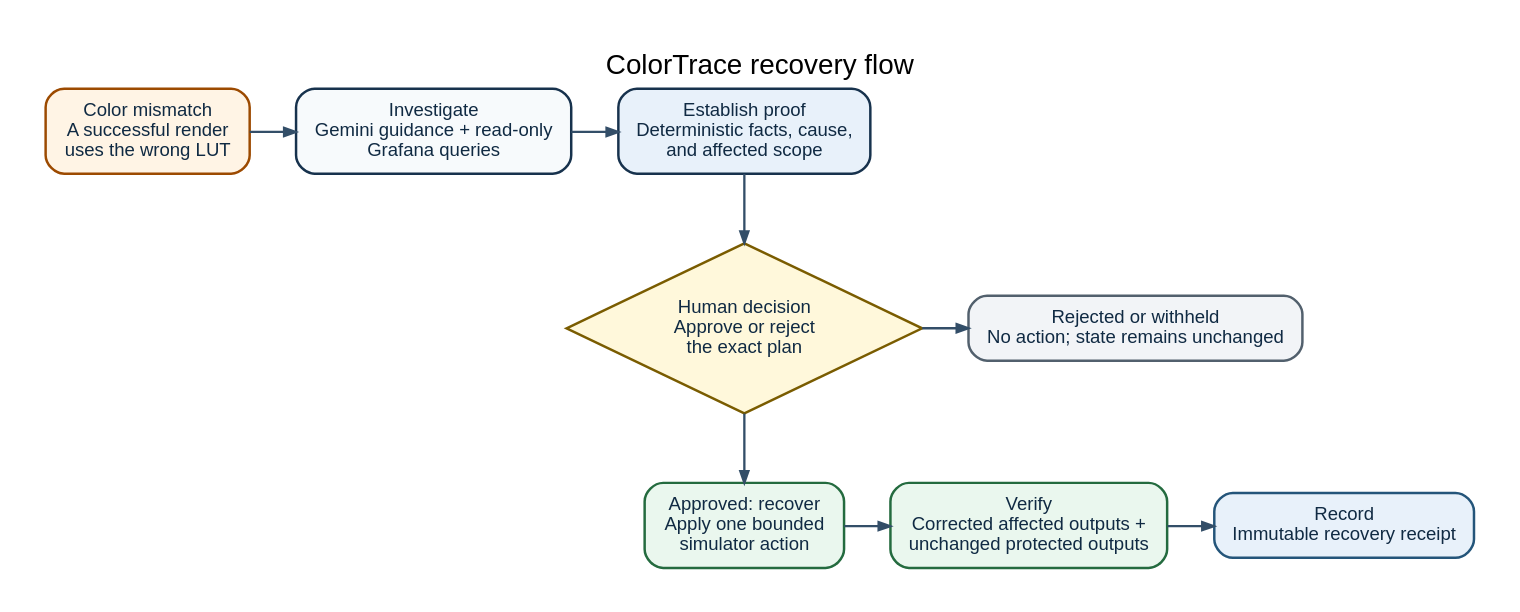
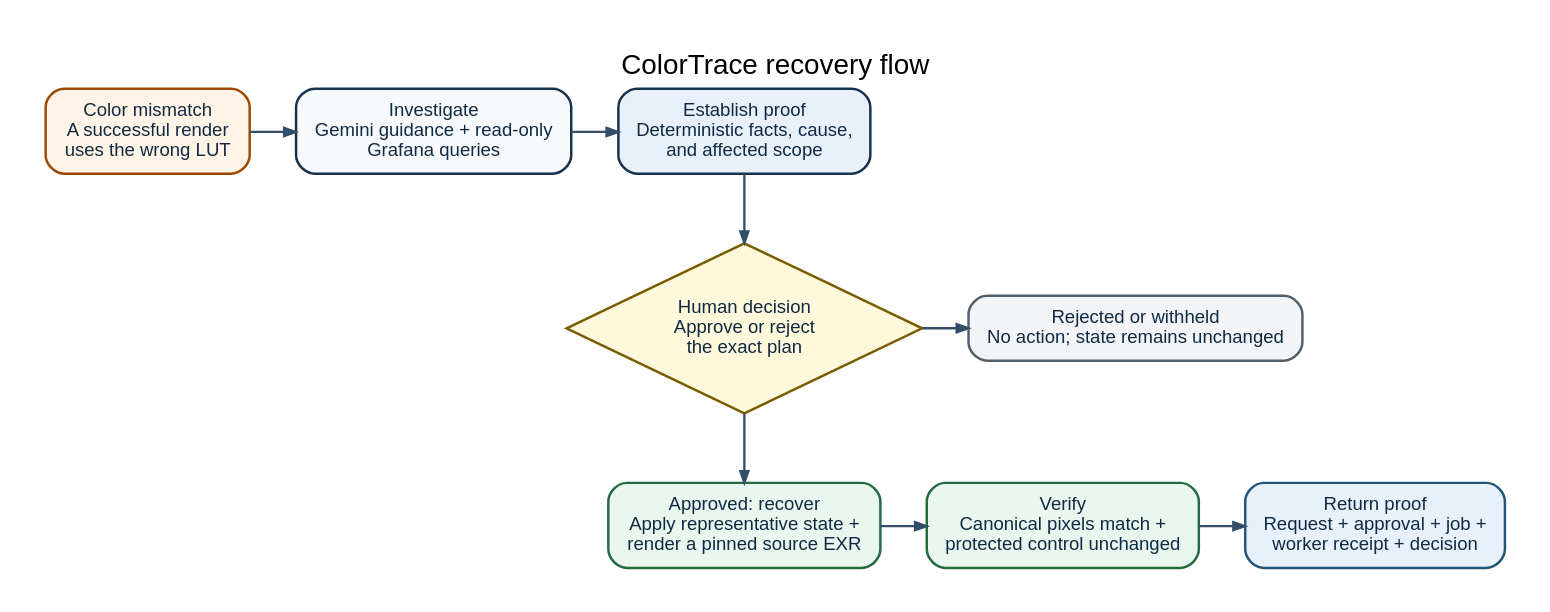
The diagram in docs/architecture/product-flow.dot (OCHOLA-EDDYPHIL/colortrace), drawn with Graphviz before and after one commit. The commit also changed 23 other files, not shown here.

First line of the commit message:
Render verified recovery output after approval (#249)

```diff
--- a/docs/architecture/product-flow.dot
+++ b/docs/architecture/product-flow.dot
@@ -1,56 +1,56 @@
 digraph ColorTraceProductFlow {
   graph [
     bgcolor="white",
     fontname="Arial",
     fontsize=18,
     label="ColorTrace recovery flow",
     labelloc="t",
     nodesep=0.42,
     pad=0.30,
     rankdir=TB,
     ranksep=0.62,
     splines=ortho
   ];
 
   node [
     color="#17324D",
     fillcolor="#F7FAFC",
     fontcolor="#102A43",
     fontname="Arial",
     fontsize=12,
     margin="0.16,0.11",
     penwidth=1.6,
     shape=box,
     style="rounded,filled"
   ];
 
   edge [
     arrowsize=0.75,
     color="#334E68",
     fontcolor="#243B53",
     fontname="Arial",
     fontsize=10,
     penwidth=1.5
   ];
 
   mismatch [label="Color mismatch\nA successful render\nuses the wrong LUT", fillcolor="#FFF4E5", color="#9C4A00"];
   investigate [label="Investigate\nGemini guidance + read-only\nGrafana queries"];
   proof [label="Establish proof\nDeterministic facts, cause,\nand affected scope", fillcolor="#E8F1FA"];
   decision [label="Human decision\nApprove or reject\nthe exact plan", shape=diamond, style="filled", fillcolor="#FFF8DB", color="#7A5C00"];
-  recover [label="Approved: recover\nApply one bounded\nsimulator action", fillcolor="#EAF7EE", color="#246B3F"];
-  verify [label="Verify\nCorrected affected outputs +\nunchanged protected outputs", fillcolor="#EAF7EE", color="#246B3F"];
-  receipt [label="Record\nImmutable recovery receipt", fillcolor="#E8F1FA", color="#24557A"];
+  recover [label="Approved: recover\nApply representative state +\nrender a pinned source EXR", fillcolor="#EAF7EE", color="#246B3F"];
+  verify [label="Verify\nCanonical pixels match +\nprotected control unchanged", fillcolor="#EAF7EE", color="#246B3F"];
+  receipt [label="Return proof\nRequest + approval + job +\nworker receipt + decision", fillcolor="#E8F1FA", color="#24557A"];
   no_action [label="Rejected or withheld\nNo action; state remains unchanged", fillcolor="#F2F4F7", color="#52606D"];
 
   { rank=same; mismatch; investigate; proof; }
   { rank=same; decision; no_action; }
   { rank=same; recover; verify; receipt; }
 
   mismatch -> investigate;
   investigate -> proof;
   proof -> decision;
   decision -> recover;
   recover -> verify;
   verify -> receipt;
   decision -> no_action;
 }
```
